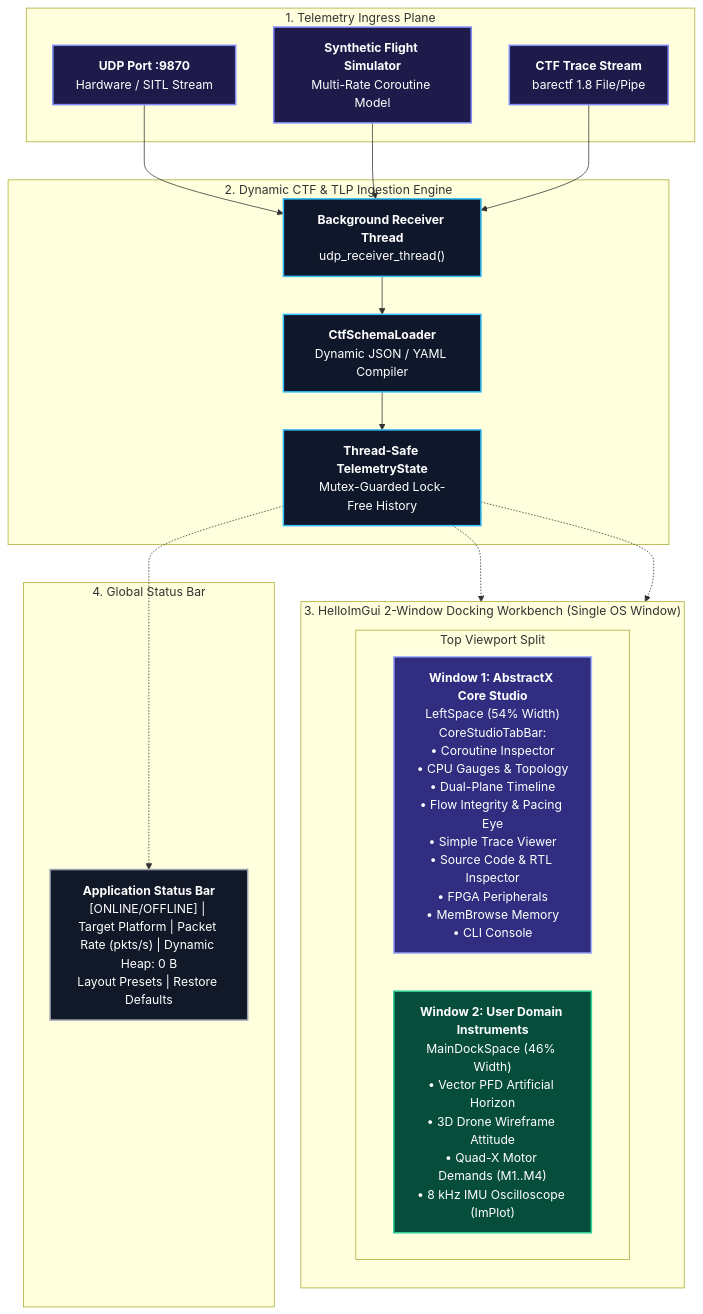
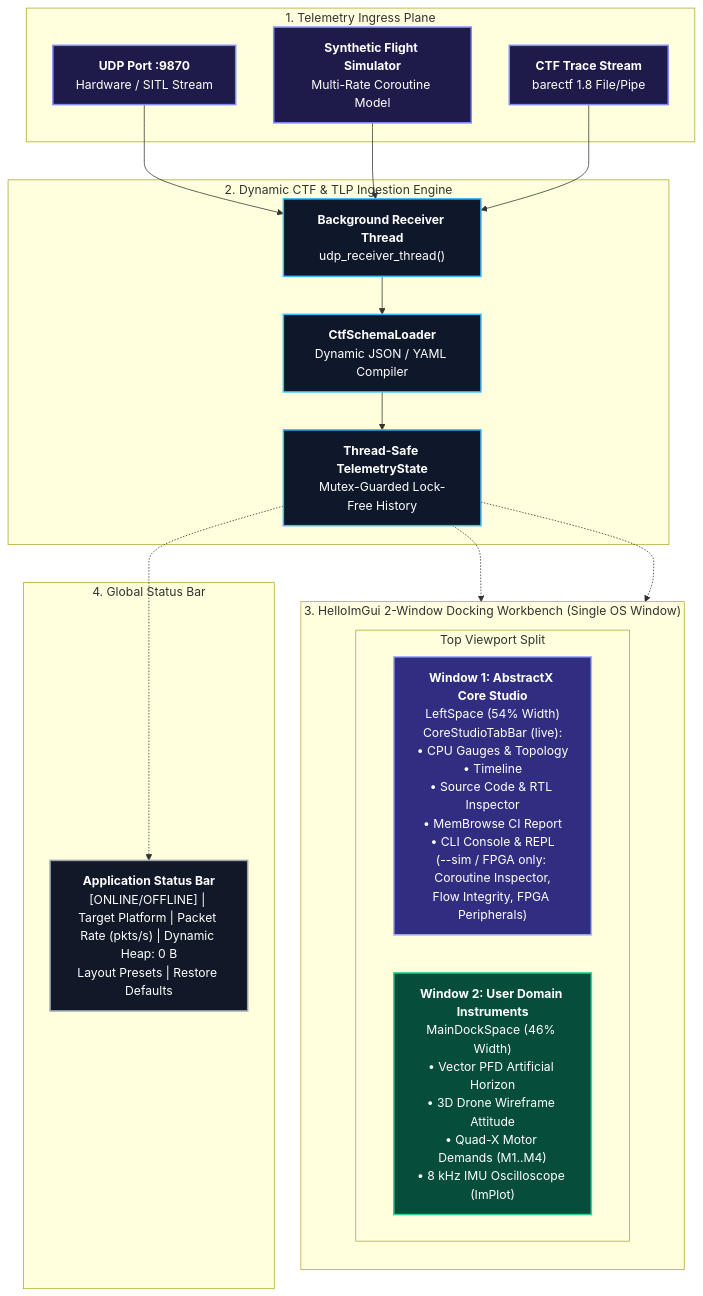
One commit to tcmichals/AbstractX changed the diagram in tools/visualizer/SPECIFICATION.md. Above: the diagram before and after it, drawn with Mermaid. The commit also changed other lines of this file and 2 other files, not shown here.

````diff
--- a/tools/visualizer/SPECIFICATION.md
+++ b/tools/visualizer/SPECIFICATION.md
@@ -19,49 +19,49 @@
 ```mermaid
 flowchart TD
     subgraph INGRESS_LAYER["1. Telemetry Ingress Plane"]
         UDP_PORT["<b>UDP Port :9870</b><br/>Hardware / SITL Stream"]
         SIM_GEN["<b>Synthetic Flight Simulator</b><br/>Multi-Rate Coroutine Model"]
         CTF_FILE["<b>CTF Trace Stream</b><br/>barectf 1.8 File/Pipe"]
     end
 
     subgraph DECODER_LAYER["2. Dynamic CTF & TLP Ingestion Engine"]
         RCV_THREAD["<b>Background Receiver Thread</b><br/>udp_receiver_thread()"]
         SCHEMA_LDR["<b>CtfSchemaLoader</b><br/>Dynamic JSON / YAML Compiler"]
         STATE_STORE["<b>Thread-Safe TelemetryState</b><br/>Mutex-Guarded Lock-Free History"]
     end
 
     subgraph DOCKING_WORKBENCH["3. HelloImGui 2-Window Docking Workbench (Single OS Window)"]
         direction TB
         subgraph TOP_DOCK["Top Viewport Split"]
             direction LR
-            WIN_CORE["<b>Window 1: AbstractX Core Studio</b><br/>LeftSpace (54% Width)<br/>CoreStudioTabBar:<br/>• Coroutine Inspector<br/>• CPU Gauges & Topology<br/>• Dual-Plane Timeline<br/>• Flow Integrity & Pacing Eye<br/>• Simple Trace Viewer<br/>• Source Code & RTL Inspector<br/>• FPGA Peripherals<br/>• MemBrowse Memory<br/>• CLI Console"]
+            WIN_CORE["<b>Window 1: AbstractX Core Studio</b><br/>LeftSpace (54% Width)<br/>CoreStudioTabBar (live):<br/>• CPU Gauges & Topology<br/>• Timeline<br/>• Source Code & RTL Inspector<br/>• MemBrowse CI Report<br/>• CLI Console & REPL<br/>(--sim / FPGA only: Coroutine Inspector,<br/>Flow Integrity, FPGA Peripherals)"]
             WIN_USER["<b>Window 2: User Domain Instruments</b><br/>MainDockSpace (46% Width)<br/>• Vector PFD Artificial Horizon<br/>• 3D Drone Wireframe Attitude<br/>• Quad-X Motor Demands (M1..M4)<br/>• 8 kHz IMU Oscilloscope (ImPlot)"]
         end
     end
 
     subgraph STATUS_LAYER["4. Global Status Bar"]
         BAR["<b>Application Status Bar</b><br/>[ONLINE/OFFLINE] | Target Platform | Packet Rate (pkts/s) | Dynamic Heap: 0 B<br/>Layout Presets | Restore Defaults"]
     end
 
     UDP_PORT --> RCV_THREAD
     SIM_GEN --> RCV_THREAD
     CTF_FILE --> RCV_THREAD
 
     RCV_THREAD --> SCHEMA_LDR --> STATE_STORE
 
     STATE_STORE -.-> WIN_CORE
     STATE_STORE -.-> WIN_USER
     STATE_STORE -.-> BAR
 
     classDef ingStyle fill:#1e1b4b,stroke:#818cf8,stroke-width:2px,color:#ffffff;
     classDef decStyle fill:#0f172a,stroke:#38bdf8,stroke-width:2px,color:#ffffff;
     classDef winCoreStyle fill:#312e81,stroke:#a5b4fc,stroke-width:2px,color:#ffffff;
     classDef winUserStyle fill:#064e3b,stroke:#34d399,stroke-width:2px,color:#ffffff;
     classDef statStyle fill:#111827,stroke:#9ca3af,stroke-width:2px,color:#ffffff;
 
     class UDP_PORT,SIM_GEN,CTF_FILE ingStyle;
     class RCV_THREAD,SCHEMA_LDR,STATE_STORE decStyle;
     class WIN_CORE winCoreStyle;
     class WIN_USER winUserStyle;
     class BAR statStyle;
 ```
````
